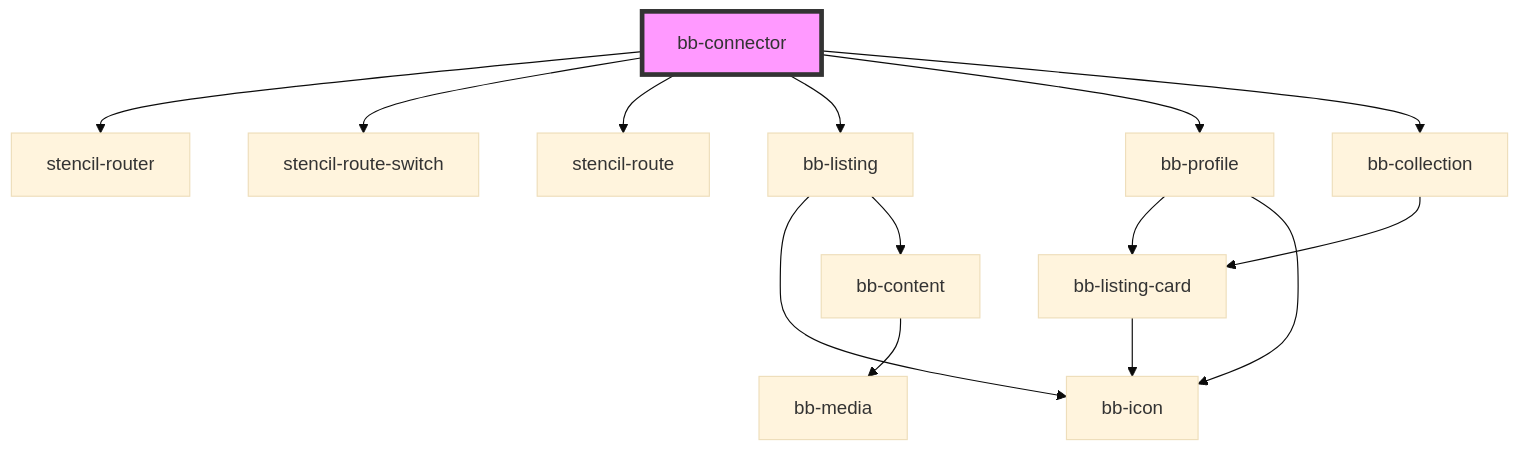
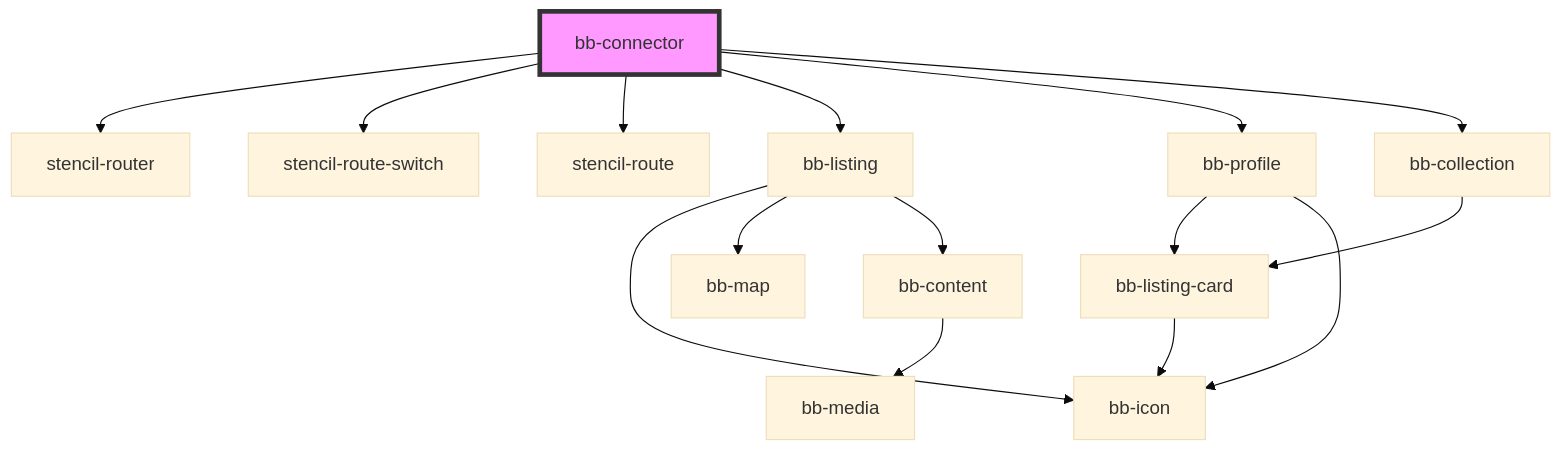
One commit to BoaterBase/bb-components changed the diagram in src/components/bb-connector/readme.md. Above: the diagram before and after it, drawn with Mermaid (base theme). The commit also changed 11 other files, not shown here.

````diff
--- a/src/components/bb-connector/readme.md
+++ b/src/components/bb-connector/readme.md
@@ -35,17 +35,18 @@
 ```mermaid
 graph TD;
   bb-connector --> stencil-router
   bb-connector --> stencil-route-switch
   bb-connector --> stencil-route
   bb-connector --> bb-listing
   bb-connector --> bb-profile
   bb-connector --> bb-collection
   bb-listing --> bb-icon
+  bb-listing --> bb-map
   bb-listing --> bb-content
   bb-content --> bb-media
   bb-profile --> bb-listing-card
   bb-profile --> bb-icon
   bb-listing-card --> bb-icon
   bb-collection --> bb-listing-card
   style bb-connector fill:#f9f,stroke:#333,stroke-width:4px
 ```
````
